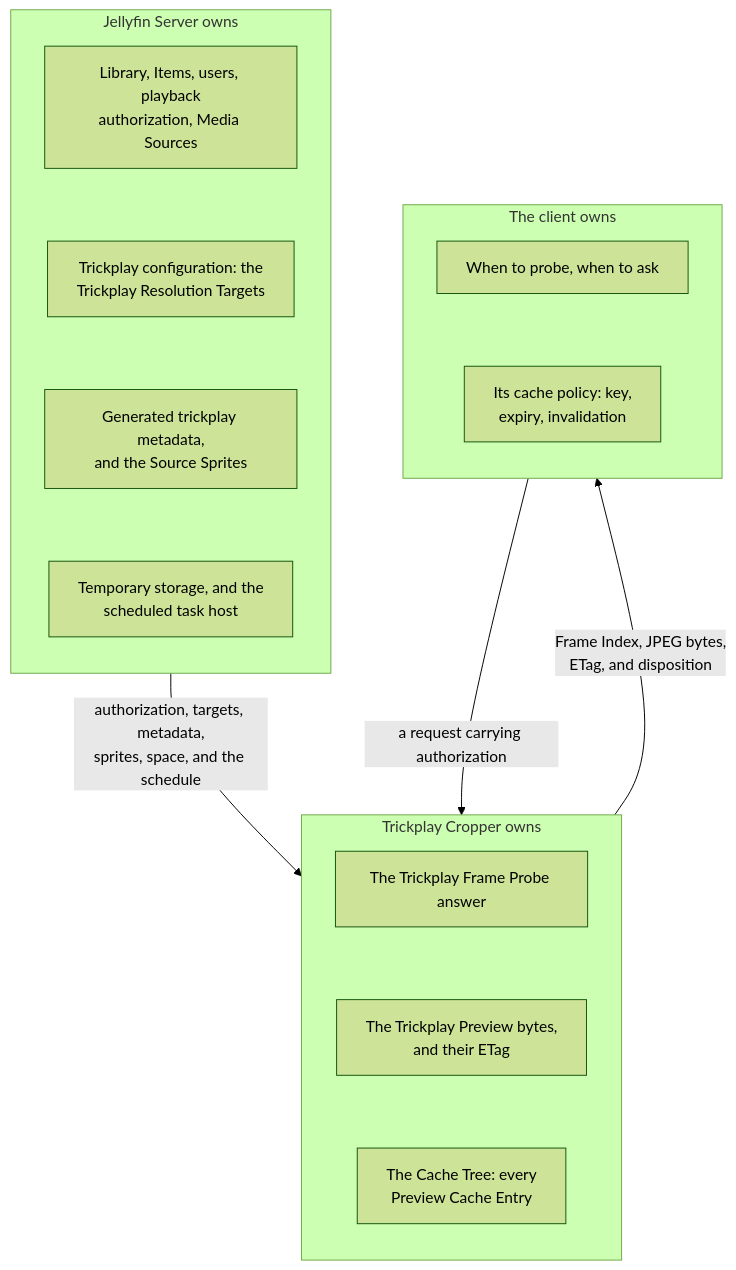
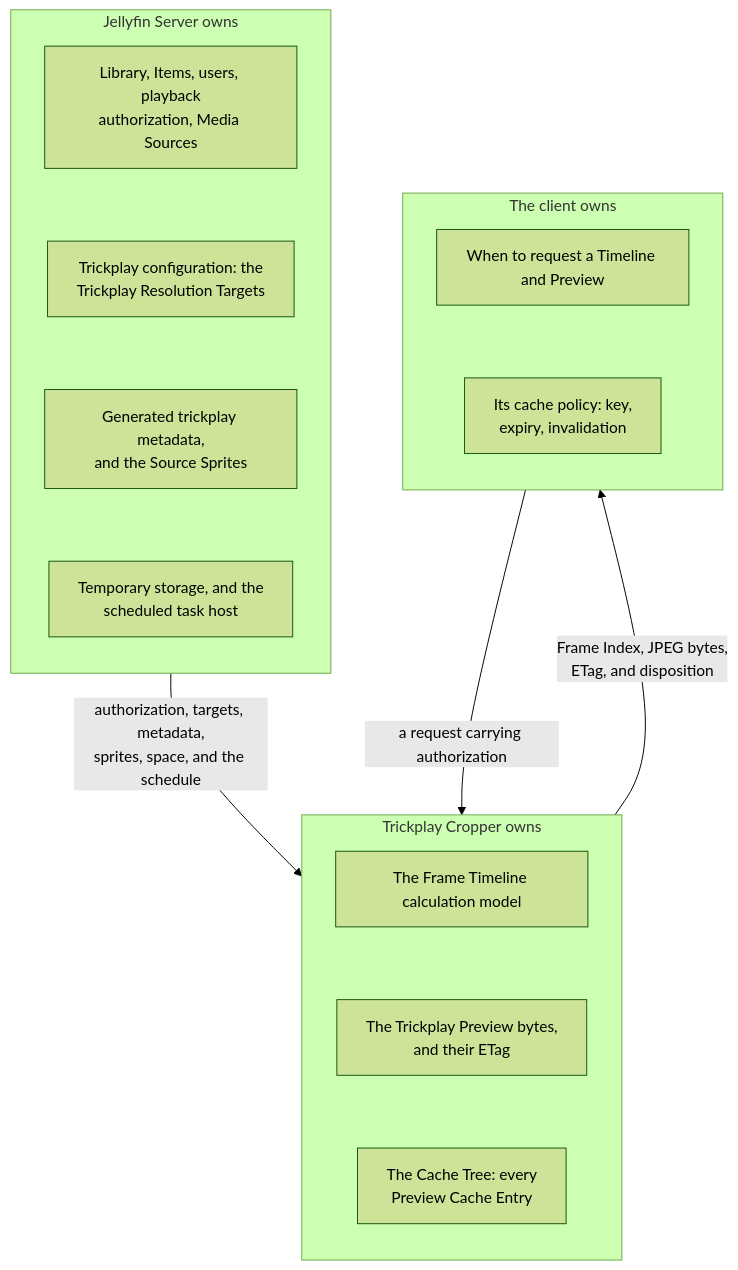
Before and after one commit to xiakeng/trickplay-cropper: the diagram in docs/business/participants/README.md, drawn with Mermaid (forest theme). The commit also changed other lines of this file and 25 other files, not shown here.

````diff
--- a/docs/business/participants/README.md
+++ b/docs/business/participants/README.md
@@ -14,30 +14,30 @@
 ```mermaid
 flowchart TD
     subgraph Server["Jellyfin Server owns"]
         direction TB
         Lib["Library, Items, users, playback<br/>authorization, Media Sources"]
         Cfg["Trickplay configuration: the<br/>Trickplay Resolution Targets"]
         Gen["Generated trickplay metadata,<br/>and the Source Sprites"]
         Host["Temporary storage, and the<br/>scheduled task host"]
         Lib ~~~ Cfg ~~~ Gen ~~~ Host
     end
 
     subgraph Plugin["Trickplay Cropper owns"]
         direction TB
-        Probe["The Trickplay Frame Probe answer"]
+        Timeline["The Frame Timeline calculation model"]
         Preview["The Trickplay Preview bytes,<br/>and their ETag"]
         Tree["The Cache Tree: every<br/>Preview Cache Entry"]
-        Probe ~~~ Preview ~~~ Tree
+        Timeline ~~~ Preview ~~~ Tree
     end
 
     subgraph ClientSide["The client owns"]
         direction TB
-        Scrub["When to probe, when to ask"]
+        Scrub["When to request a Timeline and Preview"]
         Policy["Its cache policy: key,<br/>expiry, invalidation"]
         Scrub ~~~ Policy
     end
 
     Server -->|"authorization, targets, metadata,<br/>sprites, space, and the schedule"| Plugin
     Plugin -->|"Frame Index, JPEG bytes,<br/>ETag, and disposition"| ClientSide
     ClientSide -->|"a request carrying authorization"| Plugin
 ```
````
